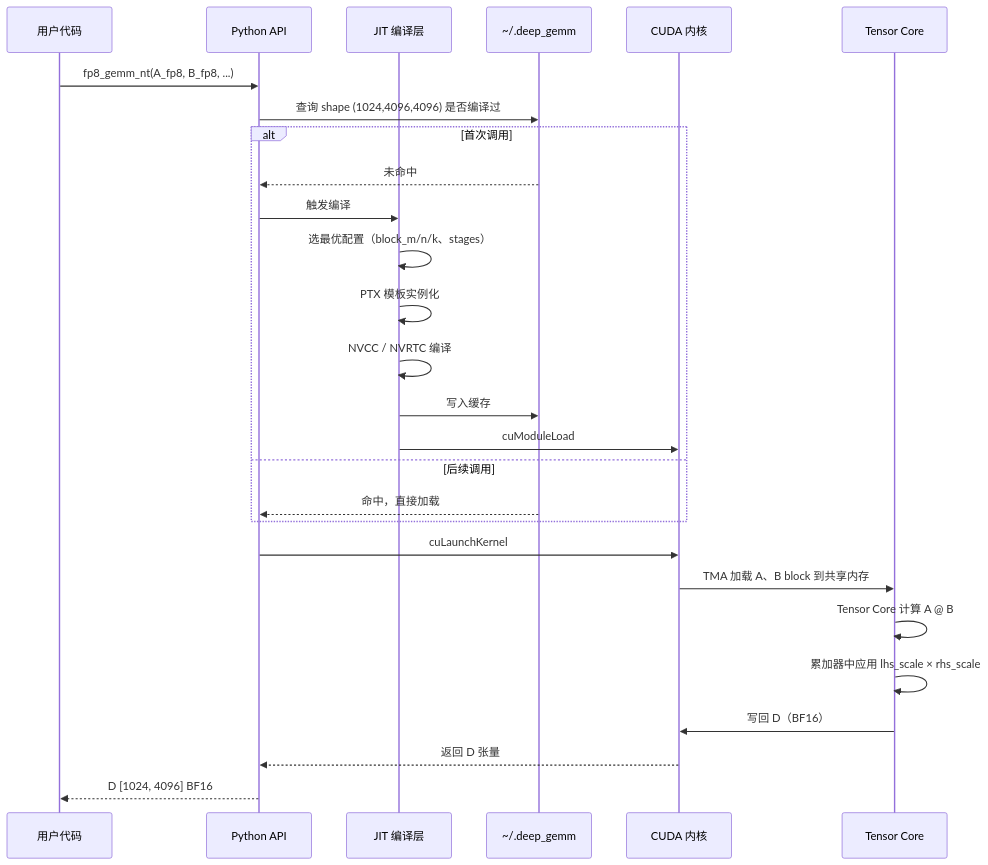
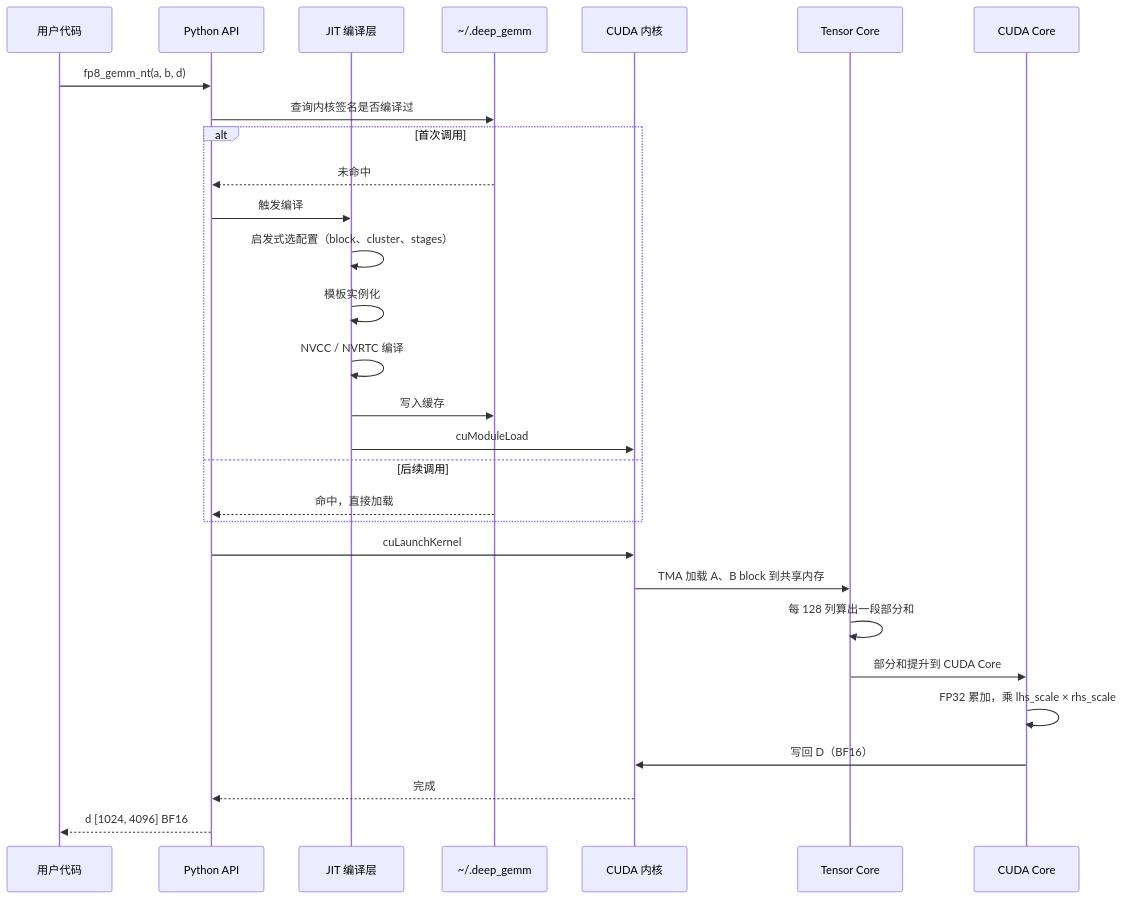
One commit to A1pha3/text-matrix changed the fifth of 5 diagrams in content/posts/tech/deepgemm-high-performance-fp8-gemm-kernels.md. Above: the diagram before and after it, drawn with Mermaid. The commit also changed other lines of this file and 17 other files, not shown here.

````diff
--- a/content/posts/tech/deepgemm-high-performance-fp8-gemm-kernels.md
+++ b/content/posts/tech/deepgemm-high-performance-fp8-gemm-kernels.md
@@ -344,30 +373,32 @@
 ```mermaid
 sequenceDiagram
     participant User as 用户代码
     participant API as Python API
     participant JIT as JIT 编译层
     participant Cache as ~/.deep_gemm
     participant Kernel as CUDA 内核
     participant TC as Tensor Core
+    participant CC as CUDA Core
 
-    User->>API: fp8_gemm_nt(A_fp8, B_fp8, ...)
-    API->>Cache: 查询 shape (1024,4096,4096) 是否编译过
+    User->>API: fp8_gemm_nt(a, b, d)
+    API->>Cache: 查询内核签名是否编译过
     alt 首次调用
         Cache-->>API: 未命中
         API->>JIT: 触发编译
-        JIT->>JIT: 选最优配置（block_m/n/k、stages）
-        JIT->>JIT: PTX 模板实例化
+        JIT->>JIT: 启发式选配置（block、cluster、stages）
+        JIT->>JIT: 模板实例化
         JIT->>JIT: NVCC / NVRTC 编译
         JIT->>Cache: 写入缓存
         JIT->>Kernel: cuModuleLoad
     else 后续调用
         Cache-->>API: 命中，直接加载
     end
     API->>Kernel: cuLaunchKernel
     Kernel->>TC: TMA 加载 A、B block 到共享内存
-    TC->>TC: Tensor Core 计算 A @ B
-    TC->>TC: 累加器中应用 lhs_scale × rhs_scale
-    TC->>Kernel: 写回 D（BF16）
-    Kernel-->>API: 返回 D 张量
-    API-->>User: D [1024, 4096] BF16
+    TC->>TC: 每 128 列算出一段部分和
+    TC->>CC: 部分和提升到 CUDA Core
+    CC->>CC: FP32 累加，乘 lhs_scale × rhs_scale
+    CC->>Kernel: 写回 D（BF16）
+    Kernel-->>API: 完成
+    API-->>User: d [1024, 4096] BF16
 ```
````
